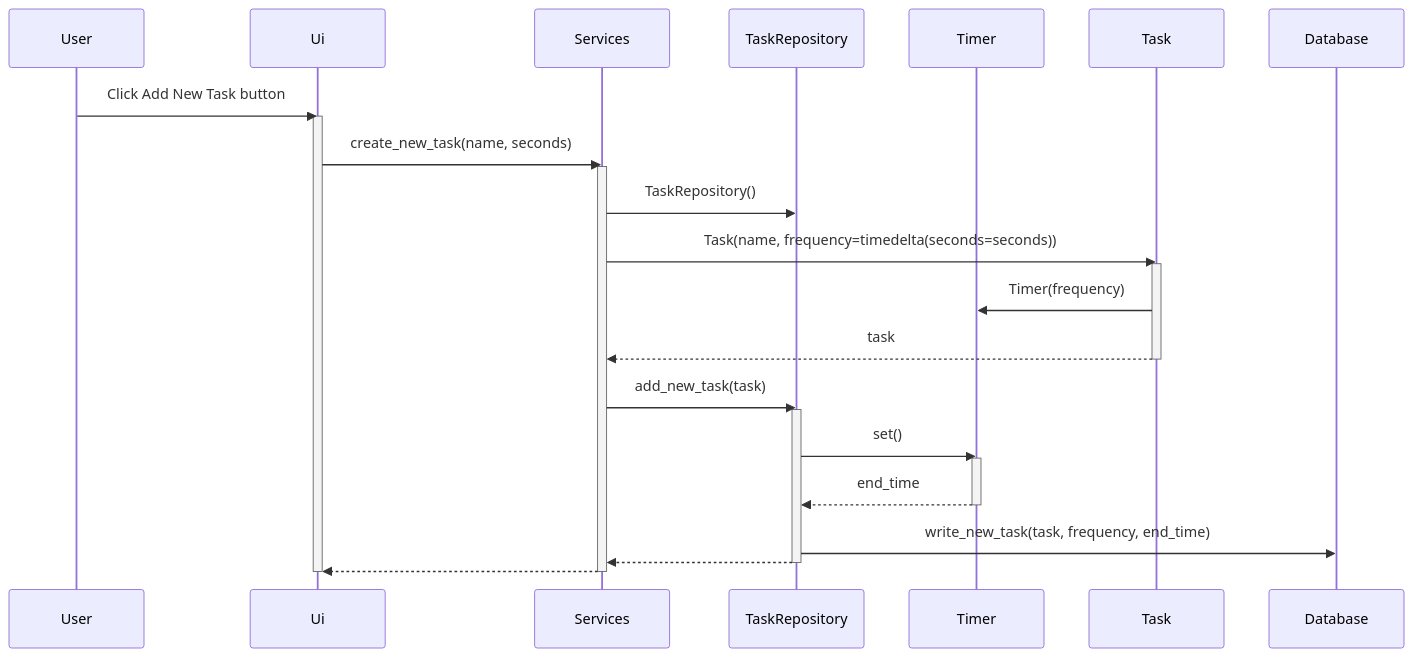
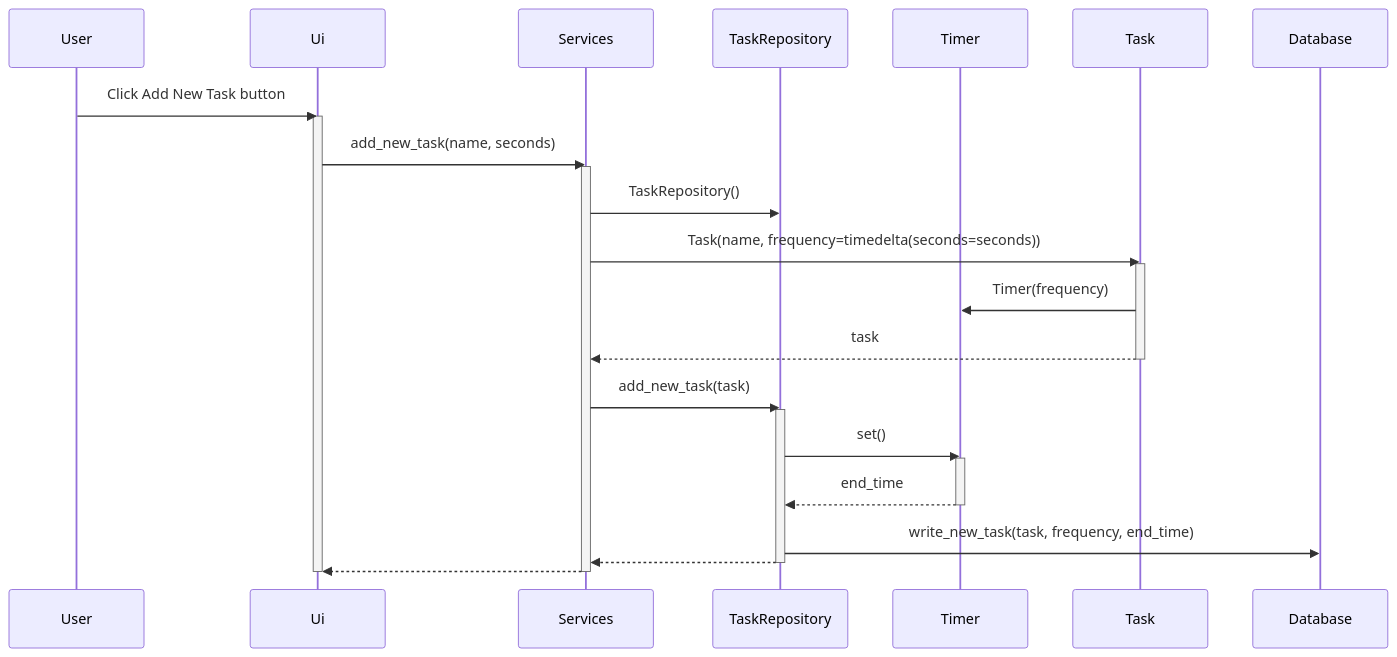
The diagram in dokumentaatio/arkkitehtuuri.md (jmorrisv/ot-harjoitustyo), drawn with Mermaid before and after one commit.

````diff
--- a/dokumentaatio/arkkitehtuuri.md
+++ b/dokumentaatio/arkkitehtuuri.md
@@ -30,30 +30,30 @@
 ```mermaid
 sequenceDiagram
 participant User
 participant Ui
 participant Services
 participant TaskRepository
 participant Timer
 User ->> Ui: Click Add New Task button
 activate Ui
-Ui ->> Services: create_new_task(name, seconds)
+Ui ->> Services: add_new_task(name, seconds)
 activate Services
 Services ->> TaskRepository: TaskRepository()
 Services ->> Task: Task(name, frequency=timedelta(seconds=seconds))
 activate Task
 Task ->> Timer: Timer(frequency)
 Task -->> Services: task
 deactivate Task
 Services ->> TaskRepository: add_new_task(task)
 activate TaskRepository
 TaskRepository ->> Timer: set()
 activate Timer
 Timer -->> TaskRepository: end_time
 deactivate Timer
 TaskRepository ->> Database: write_new_task(task, frequency, end_time)
 TaskRepository -->> Services: 
 deactivate TaskRepository
 Services -->> Ui: 
 deactivate Services
 deactivate Ui
 ```
````
